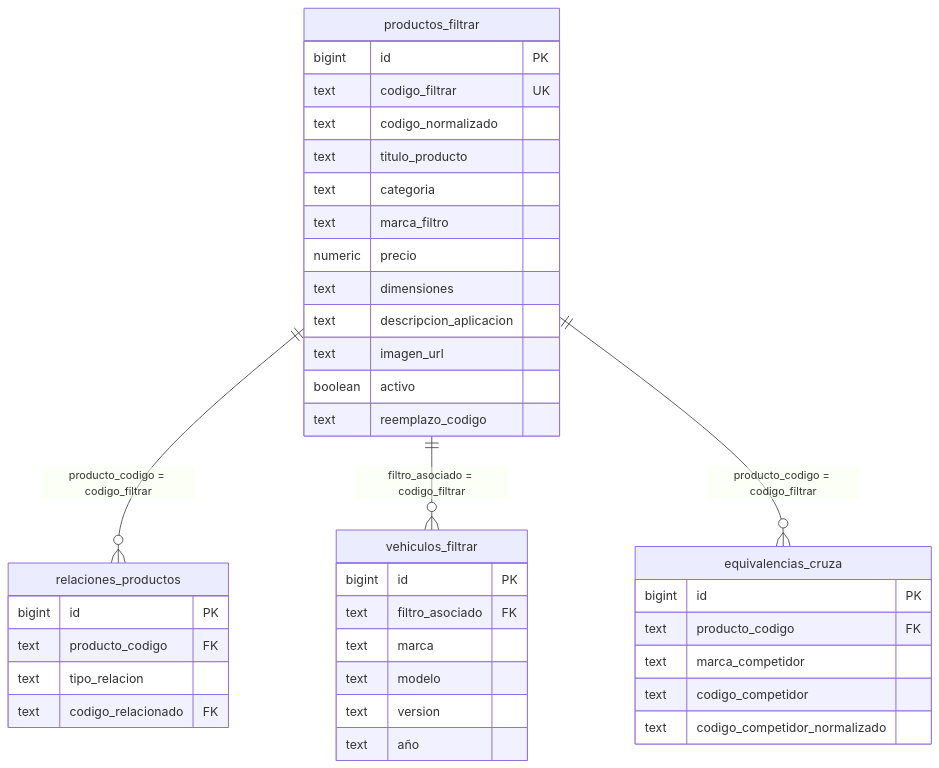
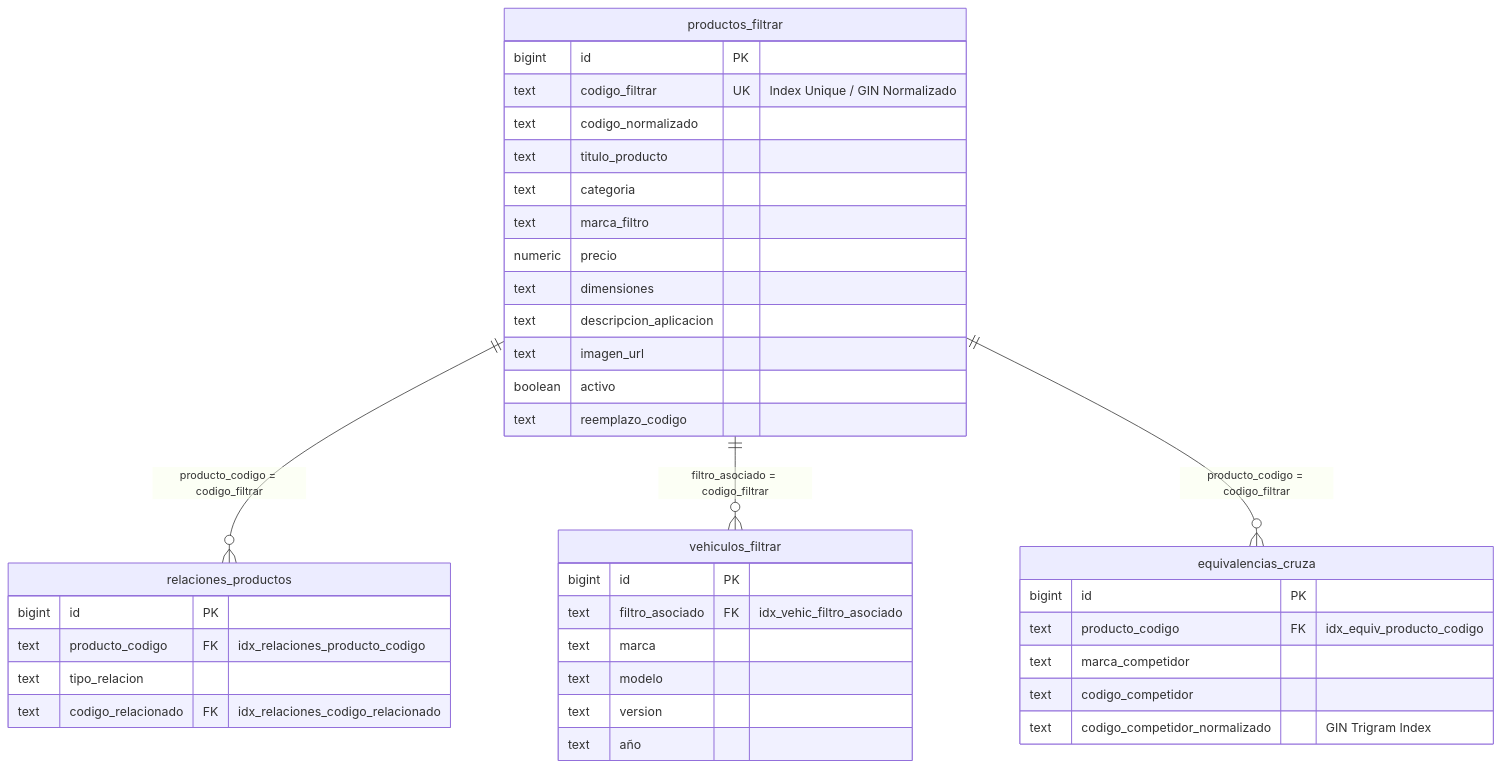
One commit to FtLukitas/FiltrArCatalogo changed the second of 3 diagrams in ARCHITECTURE.md. Above: the diagram before and after it, drawn with Mermaid. The commit also changed other lines of this file and 55 other files, not shown here.

````diff
--- a/ARCHITECTURE.md
+++ b/ARCHITECTURE.md
@@ -37,45 +56,45 @@
 ```mermaid
 erDiagram
     productos_filtrar ||--o{ relaciones_productos : "producto_codigo = codigo_filtrar"
     productos_filtrar ||--o{ vehiculos_filtrar : "filtro_asociado = codigo_filtrar"
     productos_filtrar ||--o{ equivalencias_cruza : "producto_codigo = codigo_filtrar"
 
     productos_filtrar {
         bigint id PK
-        text codigo_filtrar UK
+        text codigo_filtrar UK "Index Unique / GIN Normalizado"
         text codigo_normalizado
         text titulo_producto
         text categoria
         text marca_filtro
         numeric precio
         text dimensiones
         text descripcion_aplicacion
         text imagen_url
         boolean activo
         text reemplazo_codigo
     }
 
     relaciones_productos {
         bigint id PK
-        text producto_codigo FK
+        text producto_codigo FK "idx_relaciones_producto_codigo"
         text tipo_relacion
-        text codigo_relacionado FK
+        text codigo_relacionado FK "idx_relaciones_codigo_relacionado"
     }
 
     vehiculos_filtrar {
         bigint id PK
-        text filtro_asociado FK
+        text filtro_asociado FK "idx_vehic_filtro_asociado"
         text marca
         text modelo
         text version
         text año
     }
 
     equivalencias_cruza {
         bigint id PK
-        text producto_codigo FK
+        text producto_codigo FK "idx_equiv_producto_codigo"
         text marca_competidor
         text codigo_competidor
-        text codigo_competidor_normalizado
+        text codigo_competidor_normalizado "GIN Trigram Index"
     }
 ```
````
